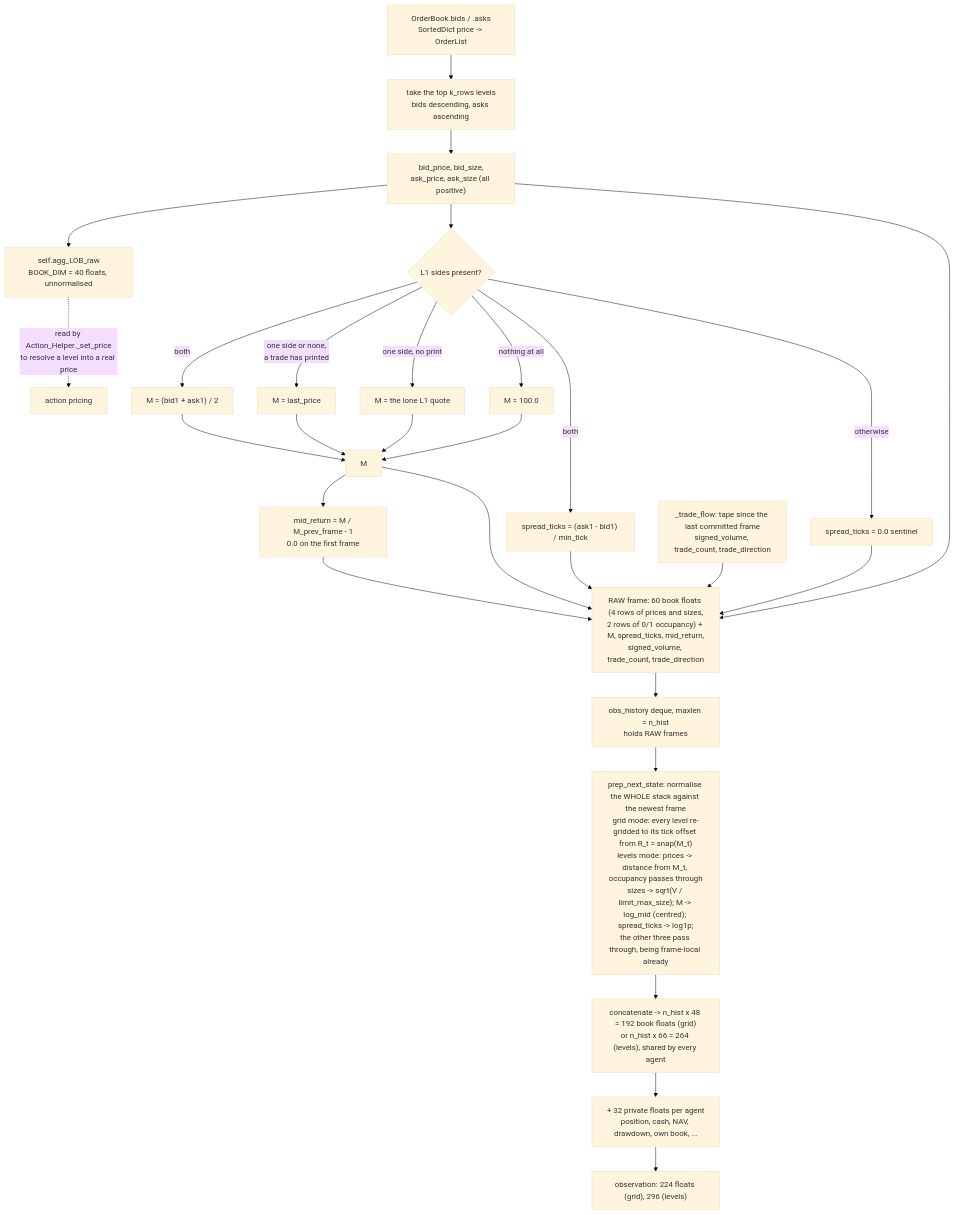
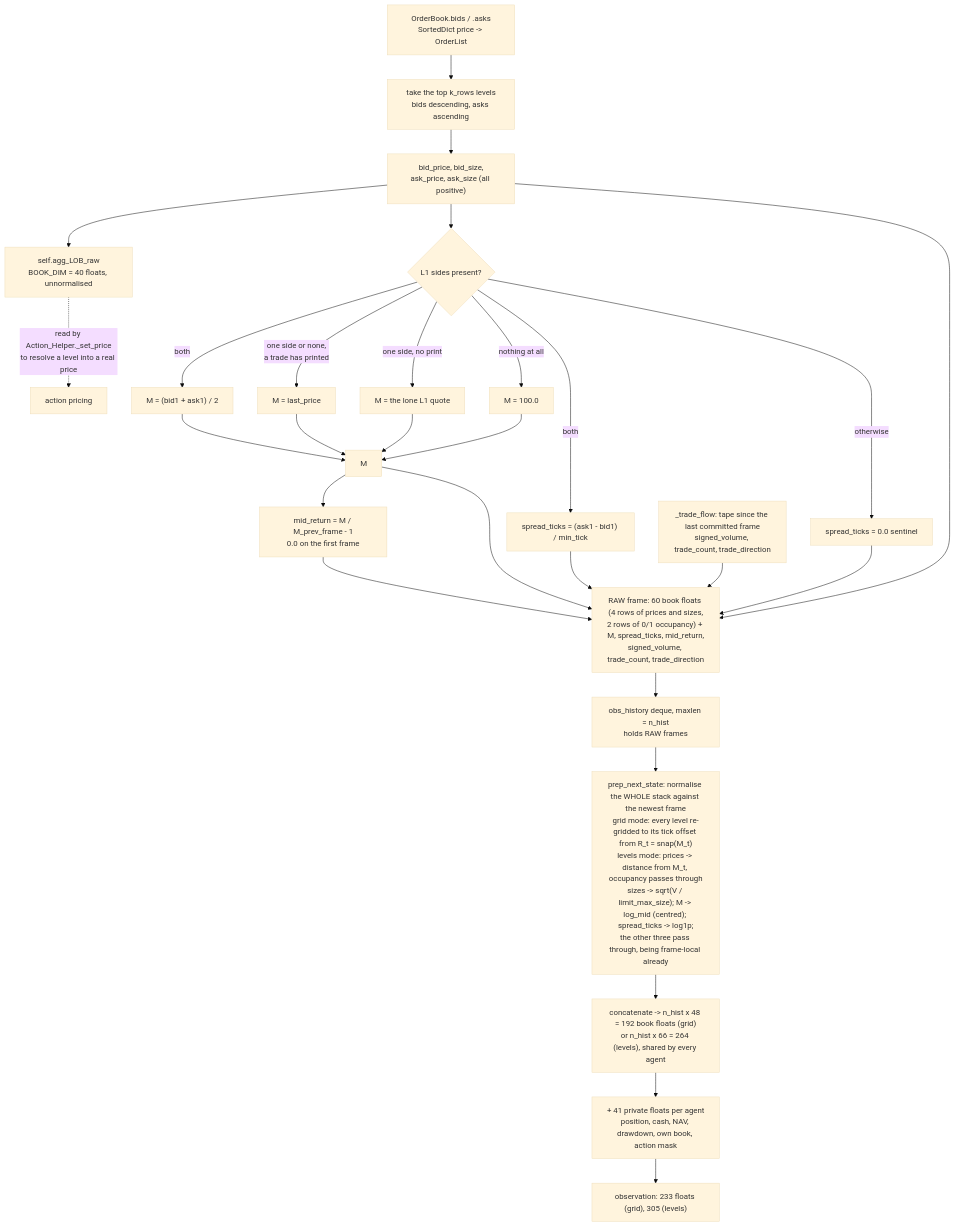
The first of 2 diagrams in doc/05_observation_space.md (ChuaCheowHuan/gym-continuousDoubleAuction), drawn with Mermaid (base theme) before and after one commit. The commit also changed other lines of this file and 30 other files, not shown here.

````diff
--- a/doc/05_observation_space.md
+++ b/doc/05_observation_space.md
@@ -145,37 +147,37 @@
 ```mermaid
 flowchart TD
     LOB["OrderBook.bids / .asks<br/>SortedDict price -> OrderList"] --> TOP["take the top k_rows levels<br/>bids descending, asks ascending"]
     TOP --> RAW["bid_price, bid_size,<br/>ask_price, ask_size (all positive)"]
     RAW --> KEEP["self.agg_LOB_raw<br/>BOOK_DIM = 40 floats, unnormalised"]
     KEEP -.->|"read by Action_Helper._set_price<br/>to resolve a level into a real price"| ACT["action pricing"]
 
     RAW --> M{"L1 sides present?"}
     M -->|"both"| M1["M = (bid1 + ask1) / 2"]
     M -->|"one side or none,<br/>a trade has printed"| M2["M = last_price"]
     M -->|"one side, no print"| M3["M = the lone L1 quote"]
     M -->|"nothing at all"| M4["M = 100.0"]
 
     M1 --> MID["M"]
     M2 --> MID
     M3 --> MID
     M4 --> MID
 
     M -->|"both"| SPREAD["spread_ticks = (ask1 - bid1) / min_tick"]
     M -->|"otherwise"| SENT["spread_ticks = 0.0 sentinel"]
     MID --> MR["mid_return = M / M_prev_frame - 1<br/>0.0 on the first frame"]
     TAPE["_trade_flow: tape since the last committed frame<br/>signed_volume, trade_count, trade_direction"]
 
     RAW --> FRAME
     MID --> FRAME
     SPREAD --> FRAME
     SENT --> FRAME
     MR --> FRAME
     TAPE --> FRAME
     FRAME["RAW frame: 60 book floats (4 rows of prices and sizes,<br/>2 rows of 0/1 occupancy) + M, spread_ticks, mid_return,<br/>signed_volume, trade_count, trade_direction"]
 
     FRAME --> DEQ["obs_history deque, maxlen = n_hist<br/>holds RAW frames"]
     DEQ --> NORM["prep_next_state: normalise the WHOLE stack against the newest frame<br/>grid mode: every level re-gridded to its tick offset from R_t = snap(M_t)<br/>levels mode: prices -> distance from M_t, occupancy passes through<br/>sizes -> sqrt(V / limit_max_size); M -> log_mid (centred); spread_ticks -> log1p;<br/>the other three pass through, being frame-local already"]
     NORM --> OBS["concatenate -> n_hist x 48 = 192 book floats (grid)<br/>or n_hist x 66 = 264 (levels), shared by every agent"]
-    OBS --> PRIV["+ 32 private floats per agent<br/>position, cash, NAV, drawdown, own book, ..."]
-    PRIV --> FULL["observation: 224 floats (grid), 296 (levels)"]
+    OBS --> PRIV["+ 41 private floats per agent<br/>position, cash, NAV, drawdown, own book, action mask"]
+    PRIV --> FULL["observation: 233 floats (grid), 305 (levels)"]
 ```
````
